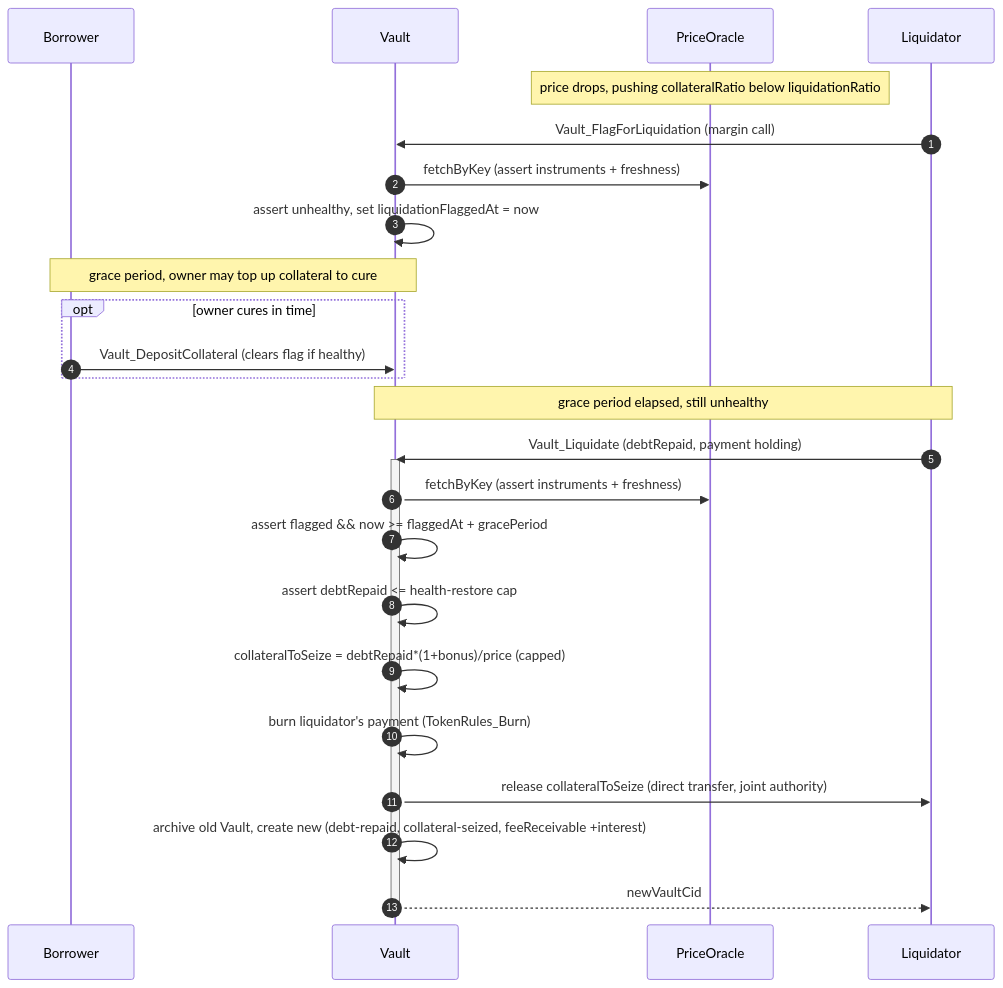
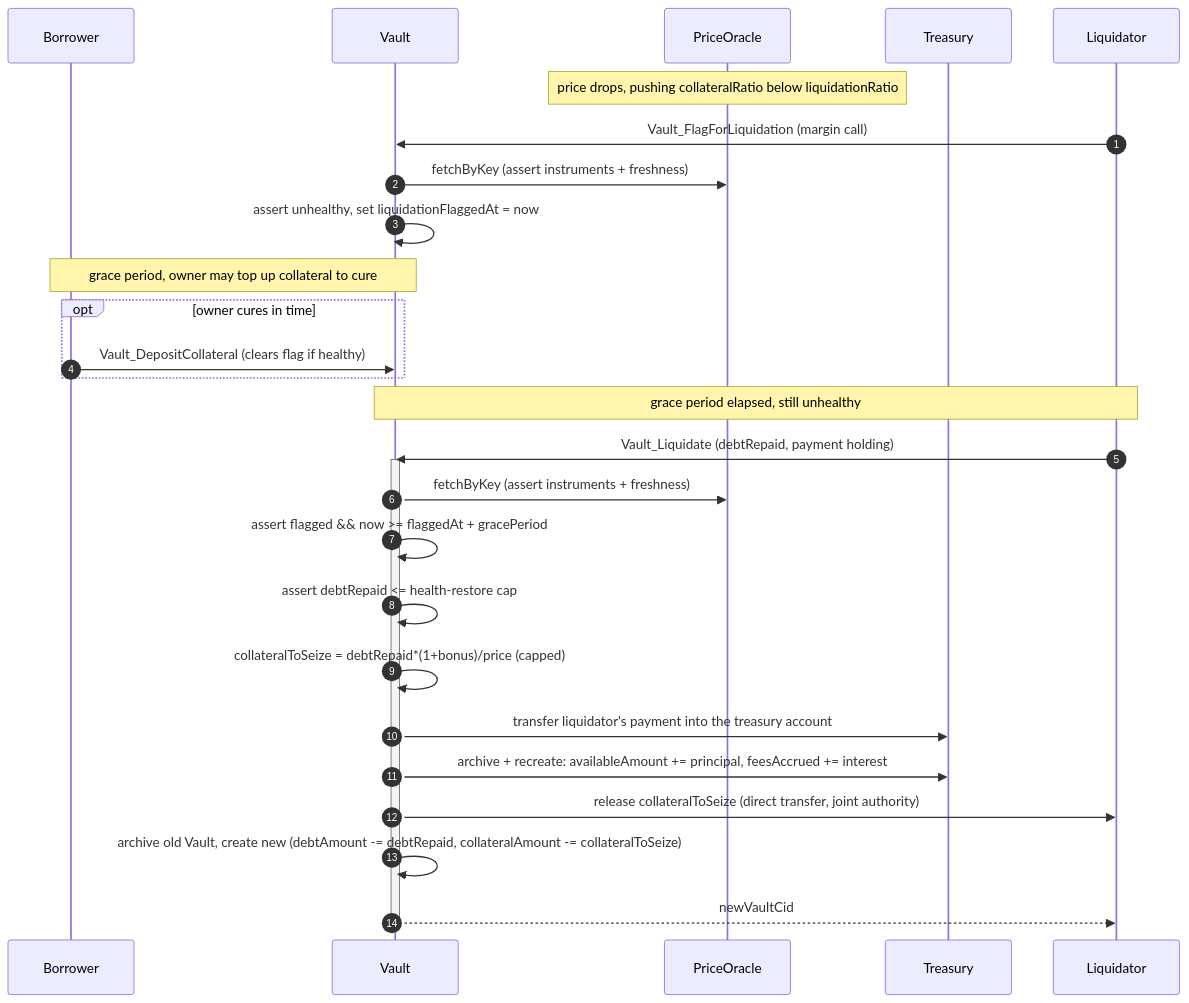
The seventh of 7 diagrams in docs/reference-architectures/lending.md (OpenZeppelin/canton-specs), drawn with Mermaid before and after one commit. The commit also changed other lines of this file, not shown here.

Commit message:
Changed the design such that the vault works with any TSV2 asset as debt token.

````diff
--- a/docs/reference-architectures/lending.md
+++ b/docs/reference-architectures/lending.md
@@ -386,29 +395,31 @@
 ```mermaid
 sequenceDiagram
     autonumber
     participant B as Borrower
     participant V as Vault
     participant O as PriceOracle
+    participant T as Treasury
     participant L as Liquidator
 
     note over O: price drops, pushing collateralRatio below liquidationRatio
     L->>V: Vault_FlagForLiquidation (margin call)
     V->>O: fetchByKey (assert instruments + freshness)
     V->>V: assert unhealthy, set liquidationFlaggedAt = now
     note over B,V: grace period, owner may top up collateral to cure
     opt owner cures in time
         B->>V: Vault_DepositCollateral (clears flag if healthy)
     end
     note over L,V: grace period elapsed, still unhealthy
     L->>V: Vault_Liquidate (debtRepaid, payment holding)
     activate V
     V->>O: fetchByKey (assert instruments + freshness)
     V->>V: assert flagged && now >= flaggedAt + gracePeriod
     V->>V: assert debtRepaid <= health-restore cap
     V->>V: collateralToSeize = debtRepaid*(1+bonus)/price (capped)
-    V->>V: burn liquidator's payment (TokenRules_Burn)
+    V->>T: transfer liquidator's payment into the treasury account
+    V->>T: archive + recreate: availableAmount += principal, feesAccrued += interest
     V->>L: release collateralToSeize (direct transfer, joint authority)
-    V->>V: archive old Vault, create new (debt-repaid, collateral-seized, feeReceivable +interest)
+    V->>V: archive old Vault, create new (debtAmount -= debtRepaid, collateralAmount -= collateralToSeize)
     V-->>L: newVaultCid
     deactivate V
 ```
````
